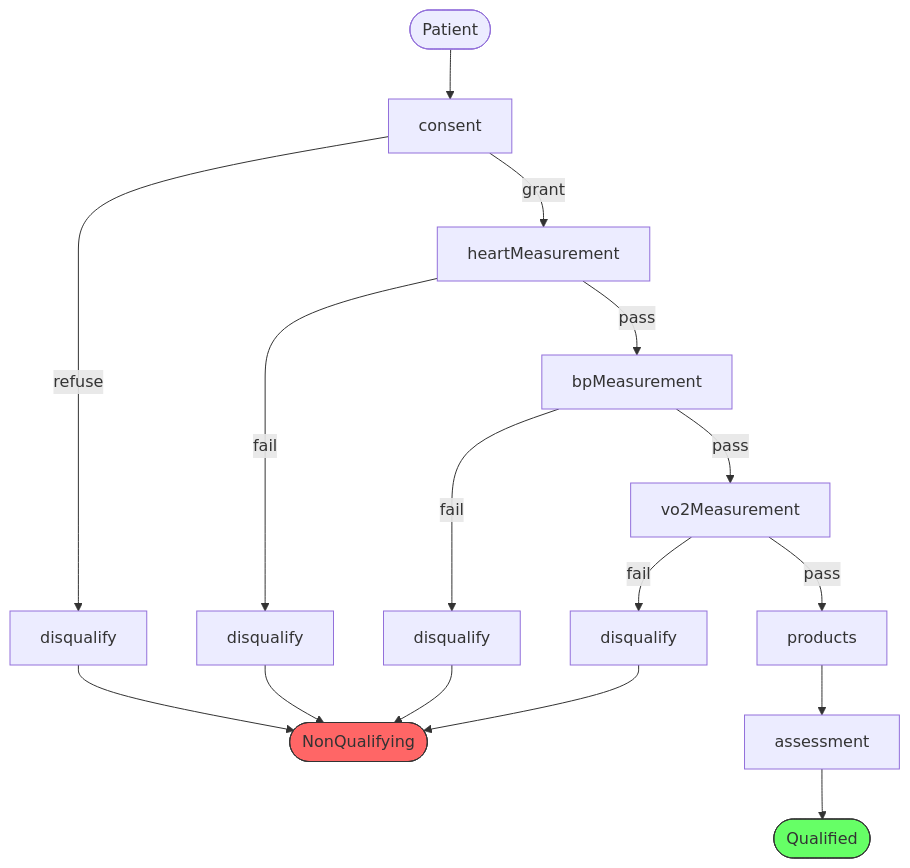
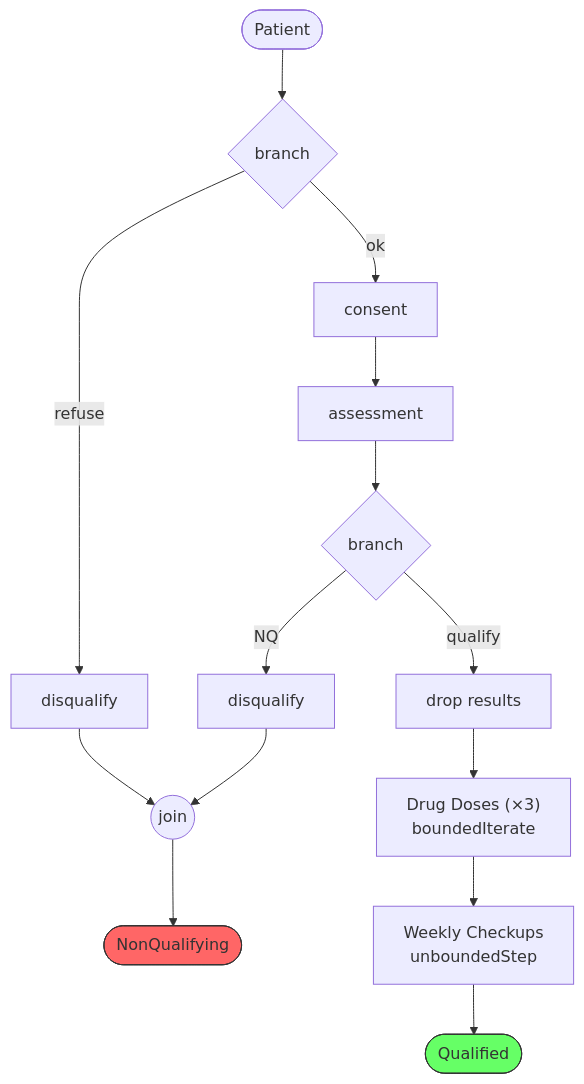
The diagram in n8n/prompts/prover.md (mattdfuchs/world-model), drawn with Mermaid before and after one commit. The commit also changed other lines of this file and 14 other files, not shown here.

````diff
--- a/n8n/prompts/prover.md
+++ b/n8n/prompts/prover.md
@@ -251,20 +431,18 @@
 ```mermaid
 graph TD
-    START([Patient]) --> CONSENT[consent]
-    CONSENT -->|refuse| DQ1[disqualify]
-    CONSENT -->|grant| HEART[heartMeasurement]
-    HEART -->|fail| DQ2[disqualify]
-    HEART -->|pass| BP[bpMeasurement]
-    BP -->|fail| DQ3[disqualify]
-    BP -->|pass| VO2[vo2Measurement]
-    VO2 -->|fail| DQ4[disqualify]
-    VO2 -->|pass| PROD[products]
-    PROD --> ASSESS[assessment]
-    DQ1 --> NQ([NonQualifying])
-    DQ2 --> NQ
-    DQ3 --> NQ
-    DQ4 --> NQ
-    ASSESS --> OK([Qualified])
+    START([Patient]) --> B1{branch}
+    B1 -->|refuse| DQ1[disqualify]
+    B1 -->|ok| CONSENT[consent]
+    CONSENT --> ASSESS[assessment]
+    ASSESS --> B2{branch}
+    B2 -->|NQ| DQ2[disqualify]
+    B2 -->|qualify| DROP[drop results]
+    DQ1 --> JOIN((join))
+    DQ2 --> JOIN
+    JOIN --> NQ([NonQualifying])
+    DROP --> DRUG["Drug Doses (×3)\nboundedIterate"]
+    DRUG --> CHECK["Weekly Checkups\nunboundedStep"]
+    CHECK --> OK([Qualified])
     style NQ fill:#f66,stroke:#333
     style OK fill:#6f6,stroke:#333
 ```
````
